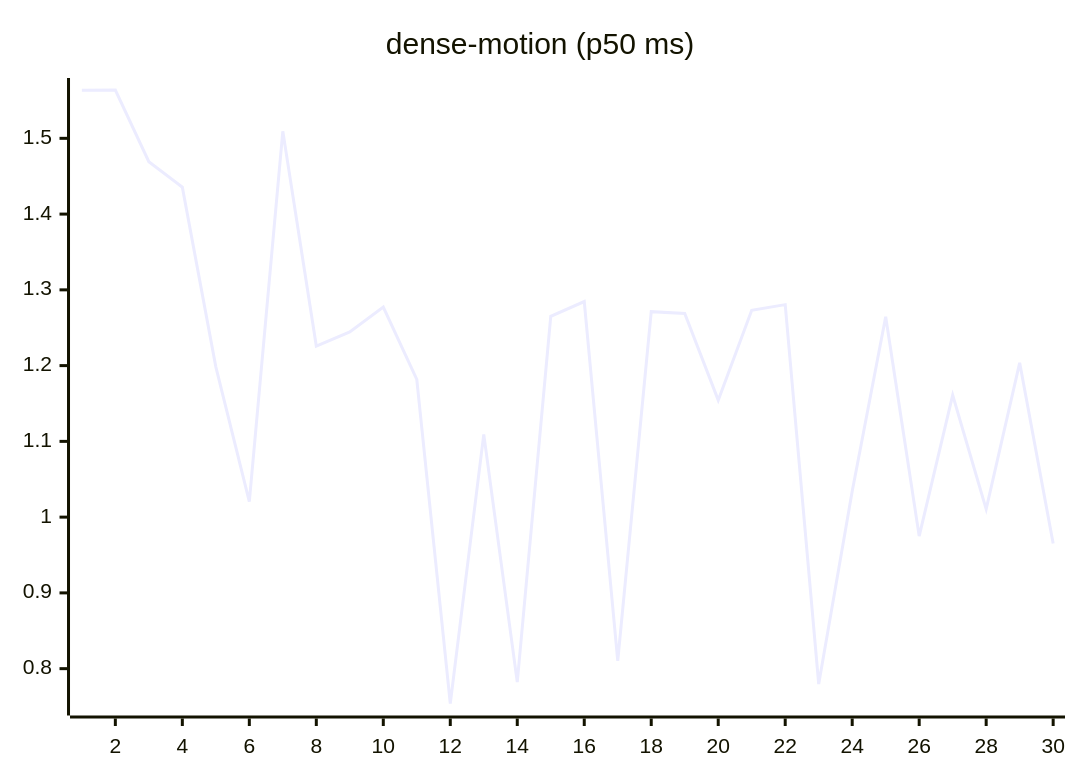
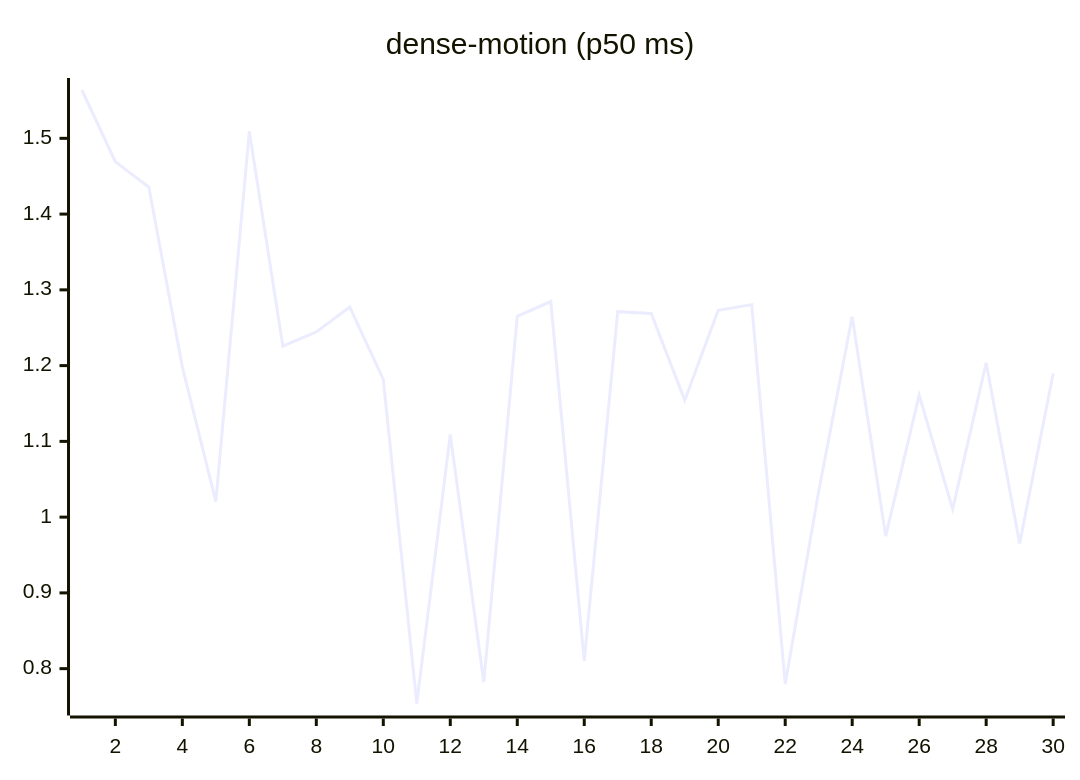
Before and after one commit to josha/Facet: the ninth of 27 diagrams in README.md, drawn with Mermaid. The commit also changed other lines of this file and 2 other files, not shown here.

````diff
--- a/README.md
+++ b/README.md
@@ -119,6 +119,6 @@
 ```mermaid
 xychart-beta
     title "dense-motion (p50 ms)"
     x-axis 1 --> 30
-    line [1.5634, 1.5638, 1.4692, 1.4355, 1.1984, 1.0205, 1.5093, 1.2258, 1.2445, 1.2773, 1.1817, 0.7540, 1.1093, 0.7822, 1.2651, 1.2846, 0.8102, 1.2712, 1.2688, 1.1544, 1.2730, 1.2805, 0.7796, 1.0341, 1.2646, 0.9749, 1.1610, 1.0105, 1.2037, 0.9653]
+    line [1.5638, 1.4692, 1.4355, 1.1984, 1.0205, 1.5093, 1.2258, 1.2445, 1.2773, 1.1817, 0.7540, 1.1093, 0.7822, 1.2651, 1.2846, 0.8102, 1.2712, 1.2688, 1.1544, 1.2730, 1.2805, 0.7796, 1.0341, 1.2646, 0.9749, 1.1610, 1.0105, 1.2037, 0.9653, 1.1895]
 ```
````
